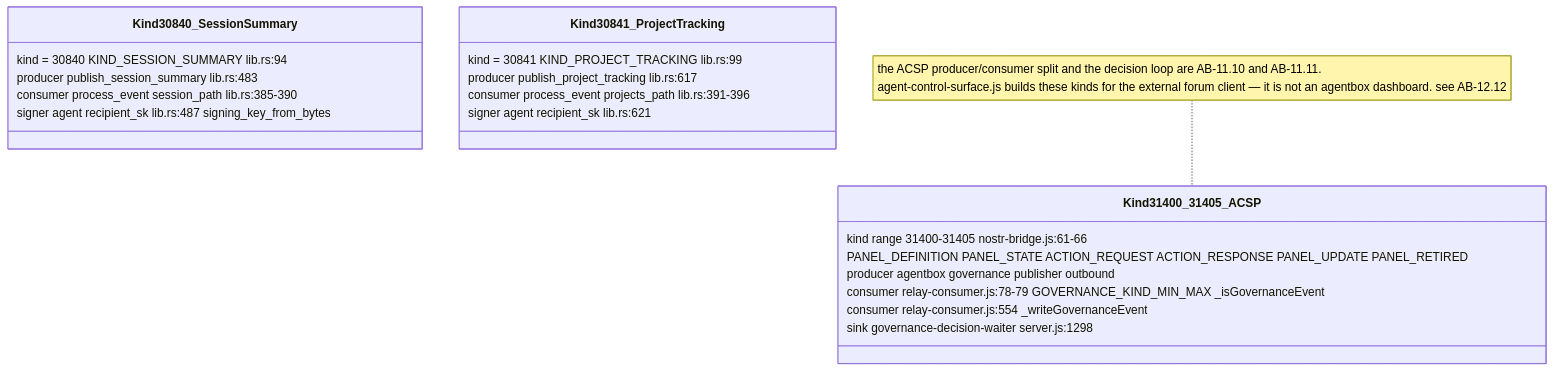
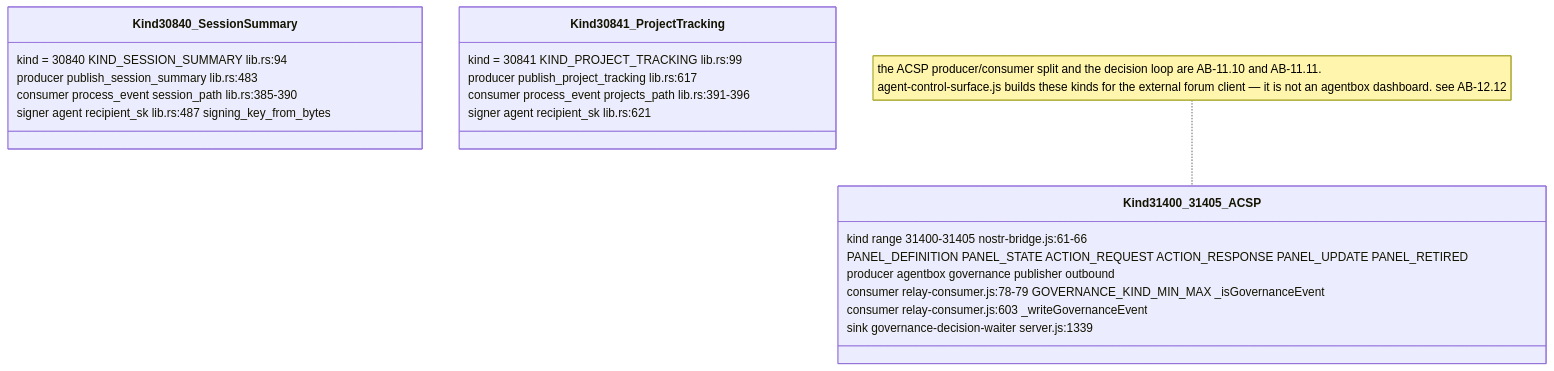
Before and after one commit to DreamLab-AI/AR-AI-Knowledge-Graph: the fifth of 17 diagrams in docs/diagrams/agentbox/13-nostr-relay-gateway-bridge-mirror.md, drawn with Mermaid. The commit also changed other lines of this file and 73 other files, not shown here.

First line of the commit message:
docs(diagrams): re-verify all 71 topic files against HEAD; add --cite-check

````diff
--- a/docs/diagrams/agentbox/13-nostr-relay-gateway-bridge-mirror.md
+++ b/docs/diagrams/agentbox/13-nostr-relay-gateway-bridge-mirror.md
@@ -199,24 +200,24 @@
 ```mermaid
 classDiagram
     class Kind30840_SessionSummary {
         kind = 30840 KIND_SESSION_SUMMARY lib.rs:94
         producer publish_session_summary lib.rs:483
         consumer process_event session_path lib.rs:385-390
         signer agent recipient_sk lib.rs:487 signing_key_from_bytes
     }
     class Kind30841_ProjectTracking {
         kind = 30841 KIND_PROJECT_TRACKING lib.rs:99
         producer publish_project_tracking lib.rs:617
         consumer process_event projects_path lib.rs:391-396
         signer agent recipient_sk lib.rs:621
     }
     class Kind31400_31405_ACSP {
         kind range 31400-31405 nostr-bridge.js:61-66
         PANEL_DEFINITION PANEL_STATE ACTION_REQUEST ACTION_RESPONSE PANEL_UPDATE PANEL_RETIRED
         producer agentbox governance publisher outbound
         consumer relay-consumer.js:78-79 GOVERNANCE_KIND_MIN_MAX _isGovernanceEvent
-        consumer relay-consumer.js:554 _writeGovernanceEvent
-        sink governance-decision-waiter server.js:1298
+        consumer relay-consumer.js:603 _writeGovernanceEvent
+        sink governance-decision-waiter server.js:1339
     }
     note for Kind31400_31405_ACSP "the ACSP producer/consumer split and the decision loop are AB-11.10 and AB-11.11.<br/>agent-control-surface.js builds these kinds for the external forum client — it is not an agentbox dashboard. see AB-12.12"
 ```
````
